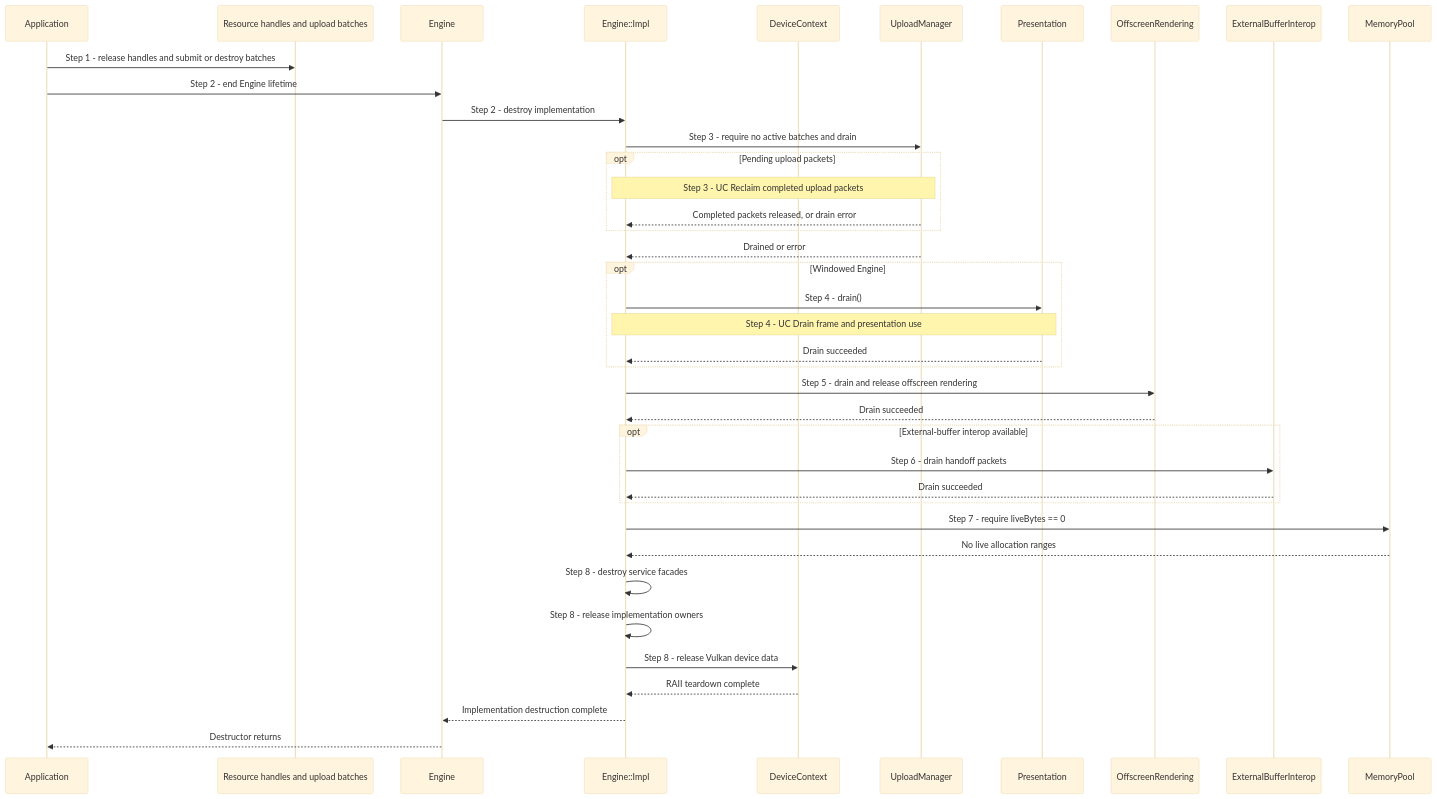
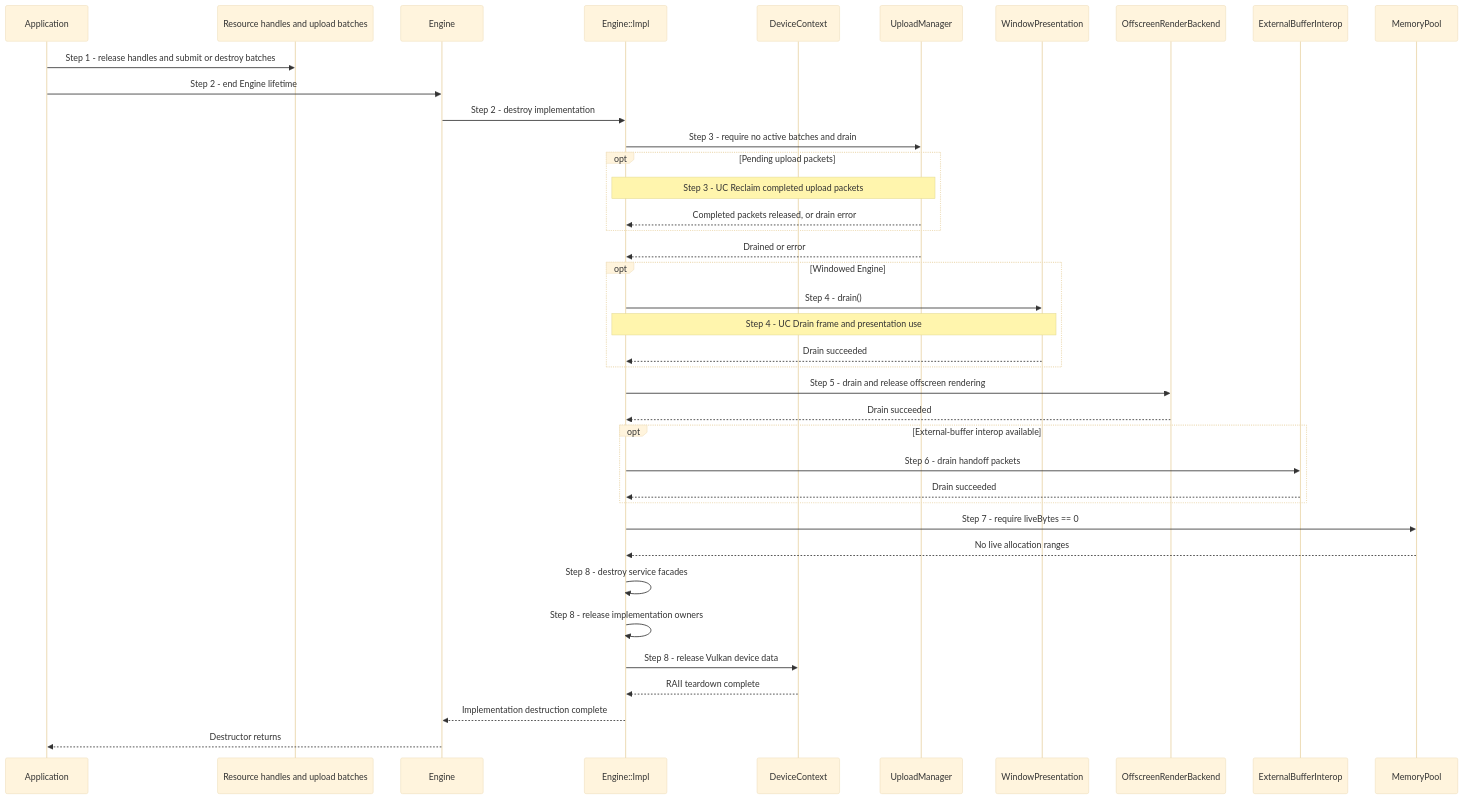
The diagram in docs/use-cases/shutdown-context.md (a-soltysik/Panda), drawn with Mermaid (base theme) before and after one commit. The commit also changed other lines of this file and 83 other files, not shown here.

````diff
--- a/docs/use-cases/shutdown-context.md
+++ b/docs/use-cases/shutdown-context.md
@@ -57,41 +58,41 @@
 ```mermaid
 sequenceDiagram
     participant A as Application
     participant H as Resource handles and upload batches
     participant C as Engine
     participant I as Engine::Impl
     participant D as DeviceContext
     participant U as UploadManager
-    participant P as Presentation
-    participant O as OffscreenRendering
+    participant P as WindowPresentation
+    participant O as OffscreenRenderBackend
     participant X as ExternalBufferInterop
     participant M as MemoryPool
     A->>H: Step 1 - release handles and submit or destroy batches
     A->>C: Step 2 - end Engine lifetime
     C->>I: Step 2 - destroy implementation
     I->>U: Step 3 - require no active batches and drain
     opt Pending upload packets
         Note over I,U: Step 3 - UC Reclaim completed upload packets
         U-->>I: Completed packets released, or drain error
     end
     U-->>I: Drained or error
     opt Windowed Engine
         I->>P: Step 4 - drain()
         Note over I,P: Step 4 - UC Drain frame and presentation use
         P-->>I: Drain succeeded
     end
     I->>O: Step 5 - drain and release offscreen rendering
     O-->>I: Drain succeeded
     opt External-buffer interop available
         I->>X: Step 6 - drain handoff packets
         X-->>I: Drain succeeded
     end
     I->>M: Step 7 - require liveBytes == 0
     M-->>I: No live allocation ranges
     I->>I: Step 8 - destroy service facades
     I->>I: Step 8 - release implementation owners
     I->>D: Step 8 - release Vulkan device data
     D-->>I: RAII teardown complete
     I-->>C: Implementation destruction complete
     C-->>A: Destructor returns
 ```
````
